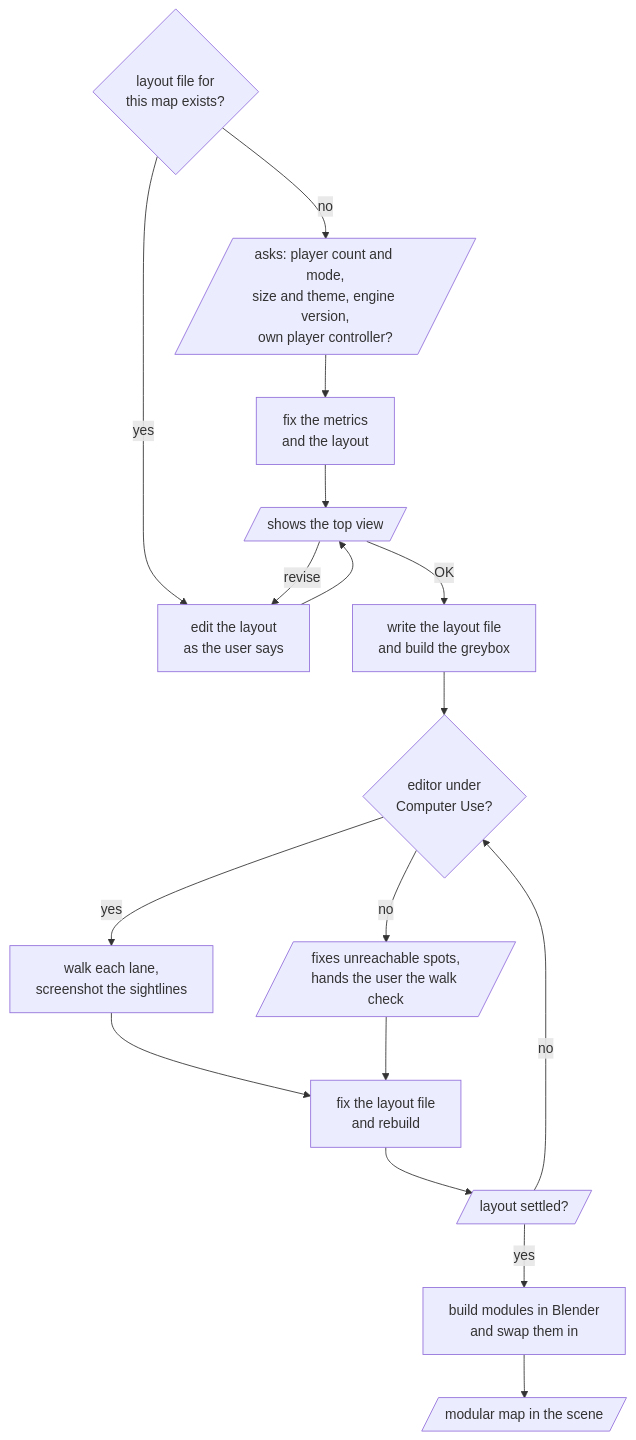
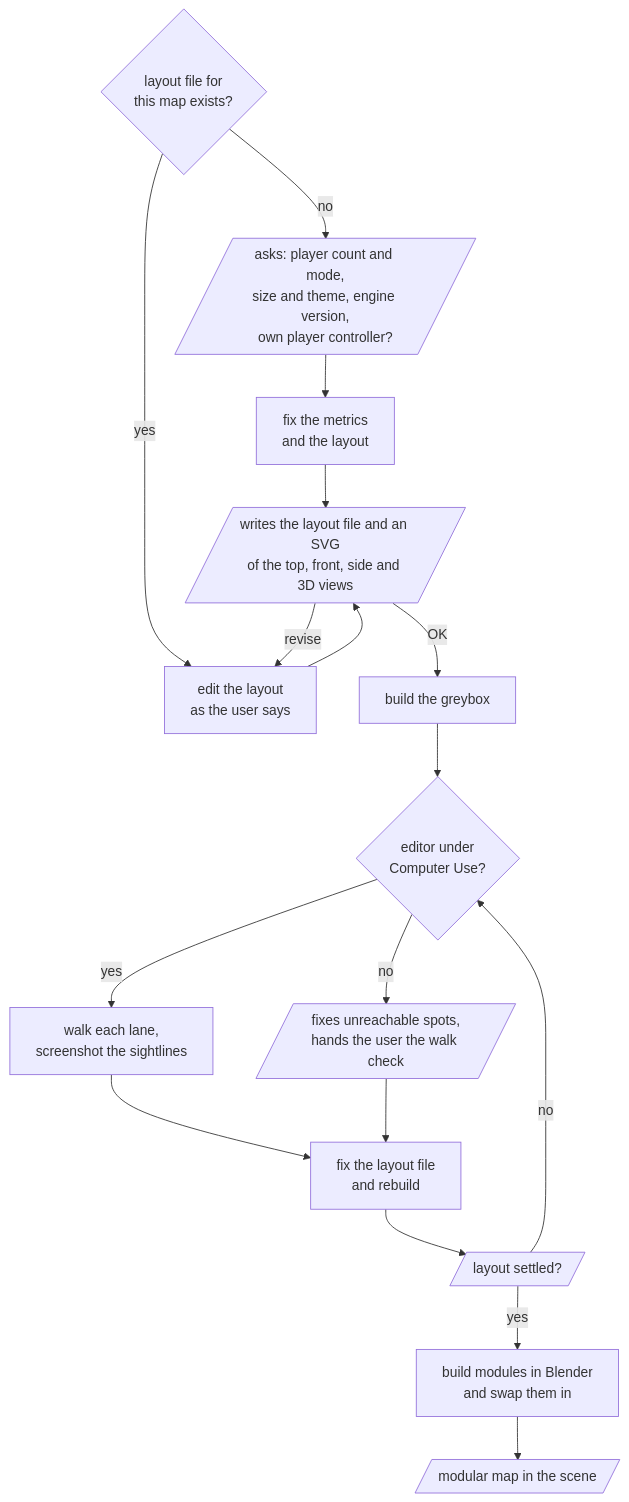
The diagram in domains/game/skills/map/README.md (omni-stove/skill-kit), drawn with Mermaid before and after one commit. The commit also changed 10 other files, not shown here.

````diff
--- a/domains/game/skills/map/README.md
+++ b/domains/game/skills/map/README.md
@@ -3,20 +3,20 @@
 ```mermaid
 flowchart TD
   exists{layout file for<br/>this map exists?}
   exists -- "no" --> ask[/asks: player count and mode,<br/>size and theme, engine version,<br/>own player controller?/]
   ask --> layout[fix the metrics<br/>and the layout]
   exists -- "yes" --> edit[edit the layout<br/>as the user says]
-  layout --> top[/shows the top view/]
+  layout --> top[/writes the layout file and an SVG<br/>of the top, front, side and 3D views/]
   edit --> top
   top -- "revise" --> edit
-  top -- "OK" --> build[write the layout file<br/>and build the greybox]
+  top -- "OK" --> build[build the greybox]
   build --> how{editor under<br/>Computer Use?}
   how -- "yes" --> walk[walk each lane,<br/>screenshot the sightlines]
   how -- "no" --> hand[/fixes unreachable spots,<br/>hands the user the walk check/]
   walk --> fix[fix the layout file<br/>and rebuild]
   hand --> fix
   fix --> settled[/layout settled?/]
   settled -- "no" --> how
   settled -- "yes" --> art[build modules in Blender<br/>and swap them in]
   art --> done[/modular map in the scene/]
 ```
````
